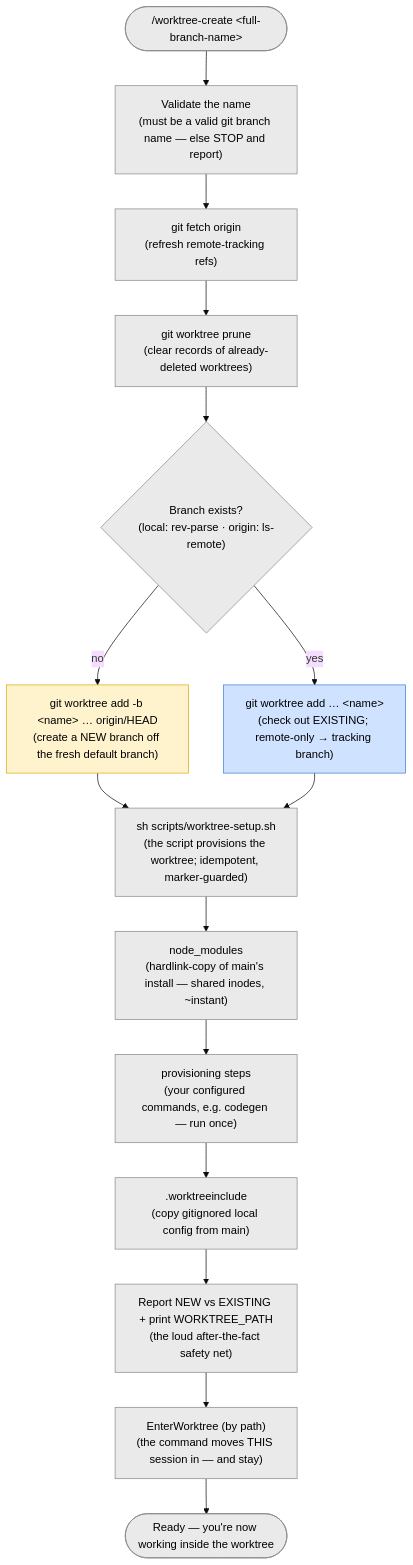
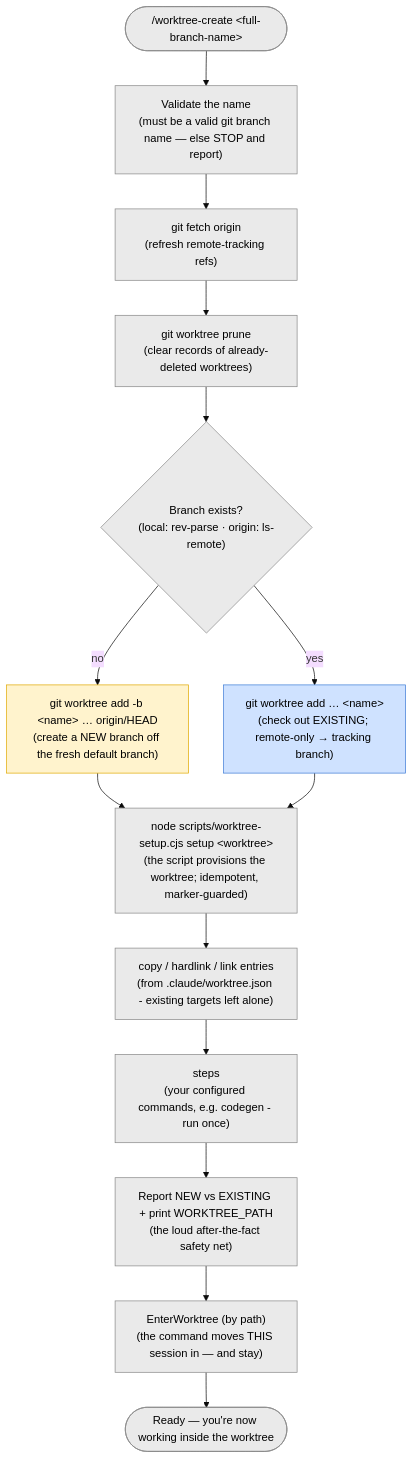
Before and after one commit to pilniczek/worktree-toolbox: the diagram in worktree-per-issue/docs/worktree-create.md, drawn with Mermaid (base theme). The commit also changed other lines of this file and 8 other files, not shown here.

First line of the commit message:
📝 document worktree-create --repo and .claude/worktree.json

````diff
--- a/worktree-per-issue/docs/worktree-create.md
+++ b/worktree-per-issue/docs/worktree-create.md
@@ -15,26 +19,25 @@
 ```mermaid
 flowchart TD
   start(["/worktree-create &lt;full-branch-name&gt;"])
   start --> validate["Validate the name<br/>(must be a valid git branch name — else STOP and report)"]
   validate --> fetch["git fetch origin<br/>(refresh remote-tracking refs)"]
   fetch --> prune["git worktree prune<br/>(clear records of already-deleted worktrees)"]
   prune --> exists{"Branch exists?<br/>(local: rev-parse · origin: ls-remote)"}
   exists -->|"no"| createnew["git worktree add -b &lt;name&gt; … origin/HEAD<br/>(create a NEW branch off the fresh default branch)"]
   exists -->|"yes"| checkout["git worktree add … &lt;name&gt;<br/>(check out EXISTING; remote-only → tracking branch)"]
   createnew --> setup
   checkout --> setup
-  setup["sh scripts/worktree-setup.sh<br/>(the script provisions the worktree; idempotent, marker-guarded)"]
-  setup --> nm["node_modules<br/>(hardlink-copy of main's install — shared inodes, ~instant)"]
-  nm --> steps["provisioning steps<br/>(your configured commands, e.g. codegen — run once)"]
-  steps --> cfg[".worktreeinclude<br/>(copy gitignored local config from main)"]
-  cfg --> report["Report NEW vs EXISTING + print WORKTREE_PATH<br/>(the loud after-the-fact safety net)"]
+  setup["node scripts/worktree-setup.cjs setup &lt;worktree&gt;<br/>(the script provisions the worktree; idempotent, marker-guarded)"]
+  setup --> nm["copy / hardlink / link entries<br/>(from .claude/worktree.json - existing targets left alone)"]
+  nm --> steps["steps<br/>(your configured commands, e.g. codegen - run once)"]
+  steps --> report["Report NEW vs EXISTING + print WORKTREE_PATH<br/>(the loud after-the-fact safety net)"]
   report --> enter["EnterWorktree (by path)<br/>(the command moves THIS session in — and stay)"]
   enter --> ready(["Ready — you're now working inside the worktree"])
 
   classDef step fill:#eaeaea,stroke:#888,color:#000;
   classDef newc fill:#fff3cd,stroke:#e0a800,color:#000;
   classDef oldc fill:#cfe2ff,stroke:#3d7bd6,color:#000;
-  class start,validate,fetch,prune,exists,setup,nm,steps,cfg,report,enter,ready step;
+  class start,validate,fetch,prune,exists,setup,nm,steps,report,enter,ready step;
   class createnew newc;
   class checkout oldc;
 ```
````
